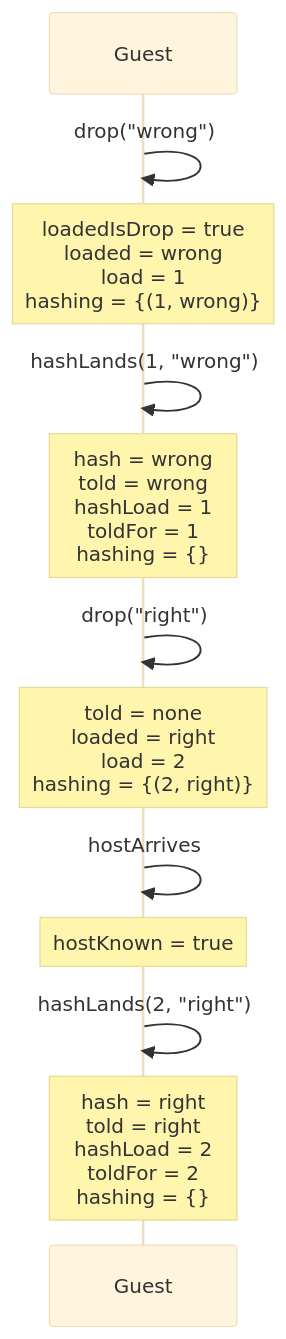
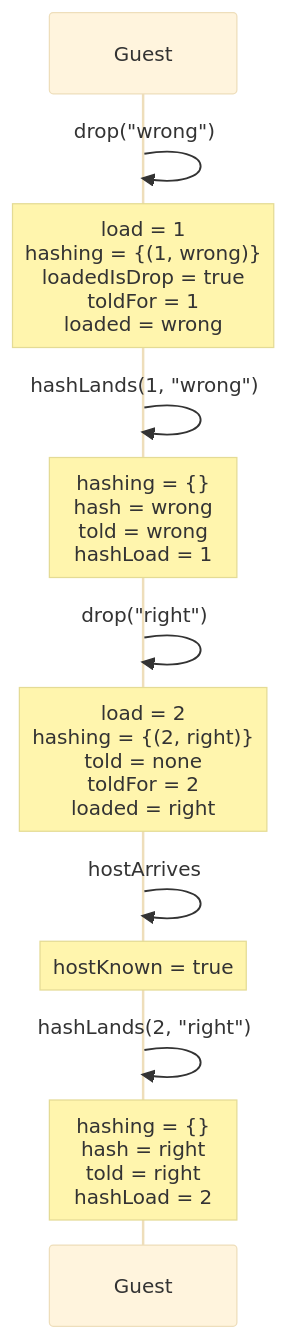
One commit to kwilson21/kaillera-next changed diagram 17 of 18 in docs/spec-traces.md. Above: the diagram before and after it, drawn with Mermaid (base theme). The commit also changed other lines of this file and 3 other files, not shown here.

````diff
--- a/docs/spec-traces.md
+++ b/docs/spec-traces.md
@@ -537,14 +537,14 @@
 ```mermaid
 sequenceDiagram
   participant Guest
   Guest->>Guest: drop("wrong")
-  Note over Guest: loadedIsDrop = true<br/>loaded = wrong<br/>load = 1<br/>hashing = {(1, wrong)}
+  Note over Guest: load = 1<br/>hashing = {(1, wrong)}<br/>loadedIsDrop = true<br/>toldFor = 1<br/>loaded = wrong
   Guest->>Guest: hashLands(1, "wrong")
-  Note over Guest: hash = wrong<br/>told = wrong<br/>hashLoad = 1<br/>toldFor = 1<br/>hashing = {}
+  Note over Guest: hashing = {}<br/>hash = wrong<br/>told = wrong<br/>hashLoad = 1
   Guest->>Guest: drop("right")
-  Note over Guest: told = none<br/>loaded = right<br/>load = 2<br/>hashing = {(2, right)}
+  Note over Guest: load = 2<br/>hashing = {(2, right)}<br/>told = none<br/>toldFor = 2<br/>loaded = right
   Guest->>Guest: hostArrives
   Note over Guest: hostKnown = true
   Guest->>Guest: hashLands(2, "right")
-  Note over Guest: hash = right<br/>told = right<br/>hashLoad = 2<br/>toldFor = 2<br/>hashing = {}
+  Note over Guest: hashing = {}<br/>hash = right<br/>told = right<br/>hashLoad = 2
 ```
````
